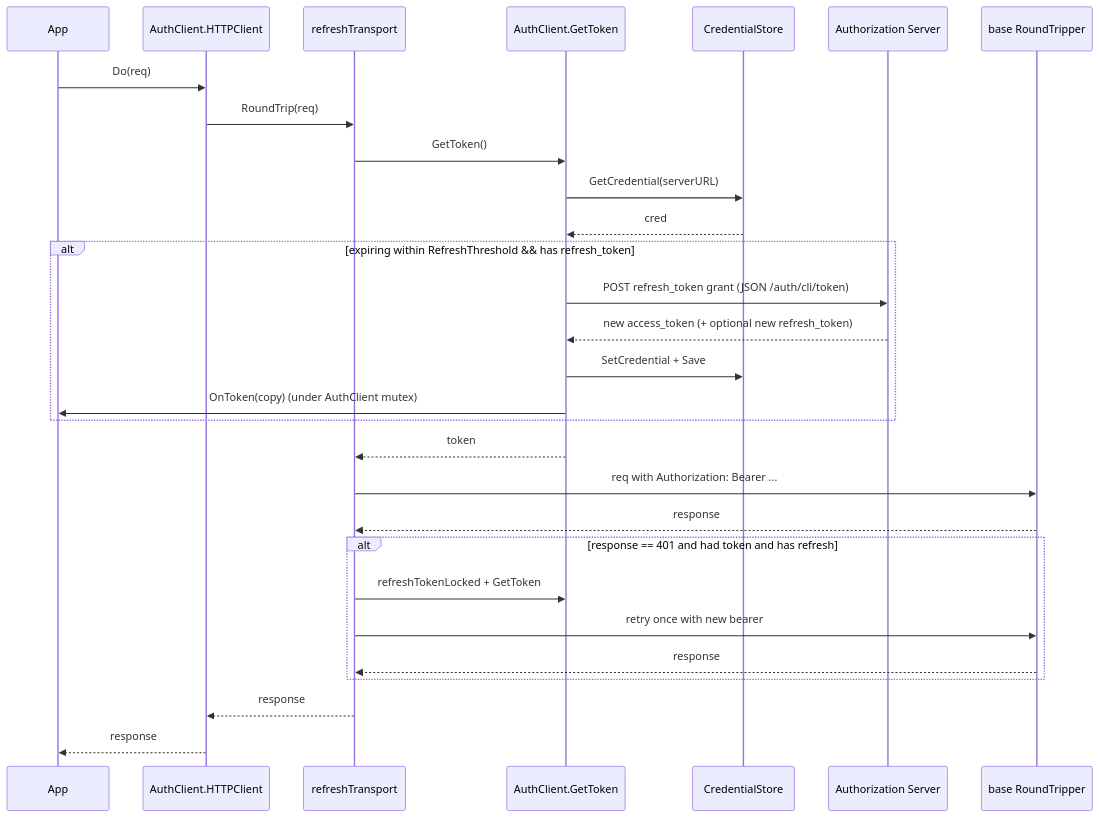
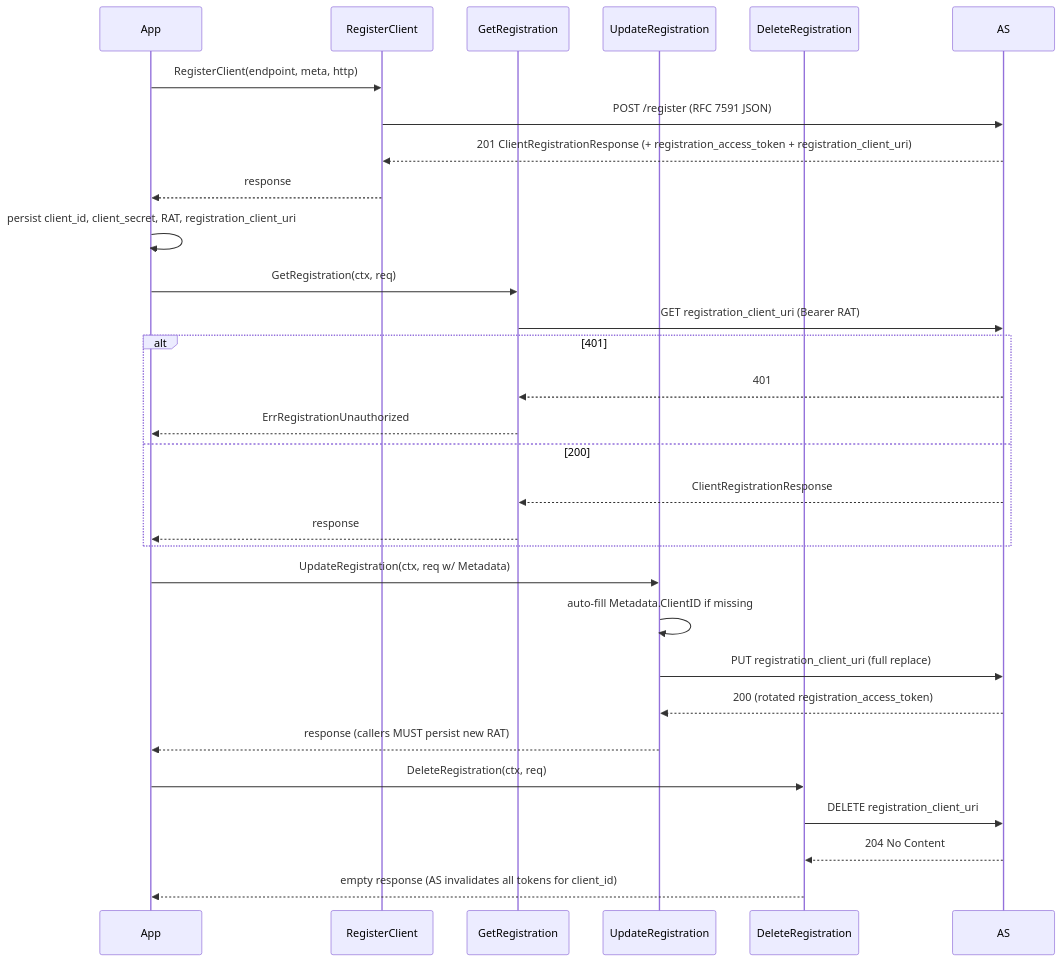
The seventh of 7 diagrams in client/DESIGN.md (panyam/oneauth), drawn with Mermaid before and after one commit. The commit also changed other lines of this file and 42 other files, not shown here.

````diff
--- a/client/DESIGN.md
+++ b/client/DESIGN.md
@@ -226,32 +323,37 @@
 ```mermaid
 sequenceDiagram
     participant App
-    participant HC as AuthClient.HTTPClient
-    participant RT as refreshTransport
-    participant Get as AuthClient.GetToken
-    participant Store as CredentialStore
-    participant AS as Authorization Server
-    participant Base as base RoundTripper
+    participant Reg as RegisterClient
+    participant Get as GetRegistration
+    participant Upd as UpdateRegistration
+    participant Del as DeleteRegistration
+    participant AS
 
-    App->>HC: Do(req)
-    HC->>RT: RoundTrip(req)
-    RT->>Get: GetToken()
-    Get->>Store: GetCredential(serverURL)
-    Store-->>Get: cred
-    alt expiring within RefreshThreshold && has refresh_token
-        Get->>AS: POST refresh_token grant (JSON /auth/cli/token)
-        AS-->>Get: new access_token (+ optional new refresh_token)
-        Get->>Store: SetCredential + Save
-        Get->>App: OnToken(copy) (under AuthClient mutex)
+    App->>Reg: RegisterClient(endpoint, meta, http)
+    Reg->>AS: POST /register (RFC 7591 JSON)
+    AS-->>Reg: 201 ClientRegistrationResponse (+ registration_access_token + registration_client_uri)
+    Reg-->>App: response
+
+    App->>App: persist client_id, client_secret, RAT, registration_client_uri
+
+    App->>Get: GetRegistration(ctx, req)
+    Get->>AS: GET registration_client_uri (Bearer RAT)
+    alt 401
+        AS-->>Get: 401
+        Get-->>App: ErrRegistrationUnauthorized
+    else 200
+        AS-->>Get: ClientRegistrationResponse
+        Get-->>App: response
     end
-    Get-->>RT: token
-    RT->>Base: req with Authorization: Bearer ...
-    Base-->>RT: response
-    alt response == 401 and had token and has refresh
-        RT->>Get: refreshTokenLocked + GetToken
-        RT->>Base: retry once with new bearer
-        Base-->>RT: response
-    end
-    RT-->>HC: response
-    HC-->>App: response
+
+    App->>Upd: UpdateRegistration(ctx, req w/ Metadata)
+    Upd->>Upd: auto-fill Metadata.ClientID if missing
+    Upd->>AS: PUT registration_client_uri (full replace)
+    AS-->>Upd: 200 (rotated registration_access_token)
+    Upd-->>App: response (callers MUST persist new RAT)
+
+    App->>Del: DeleteRegistration(ctx, req)
+    Del->>AS: DELETE registration_client_uri
+    AS-->>Del: 204 No Content
+    Del-->>App: empty response (AS invalidates all tokens for client_id)
 ```
````
